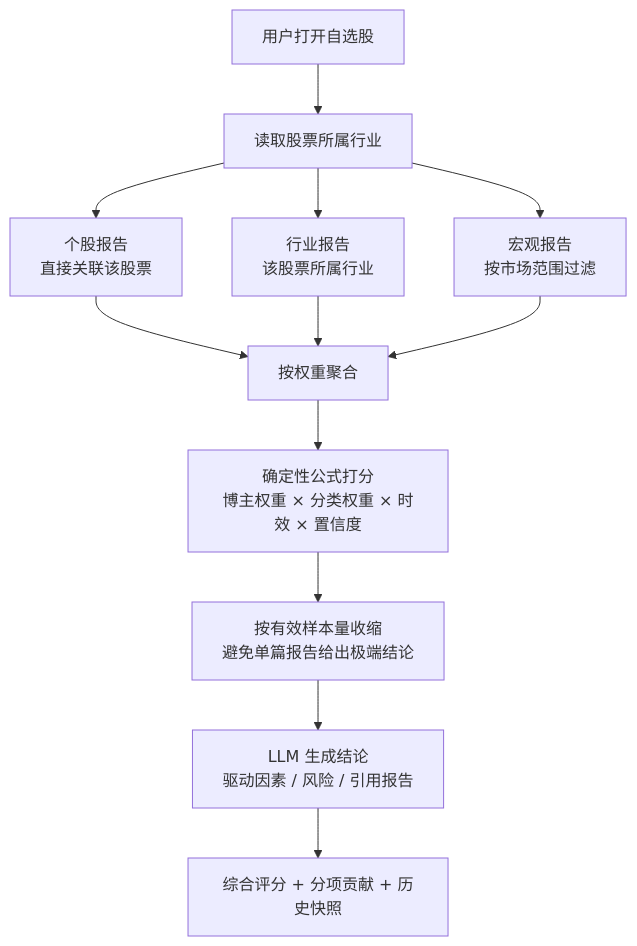
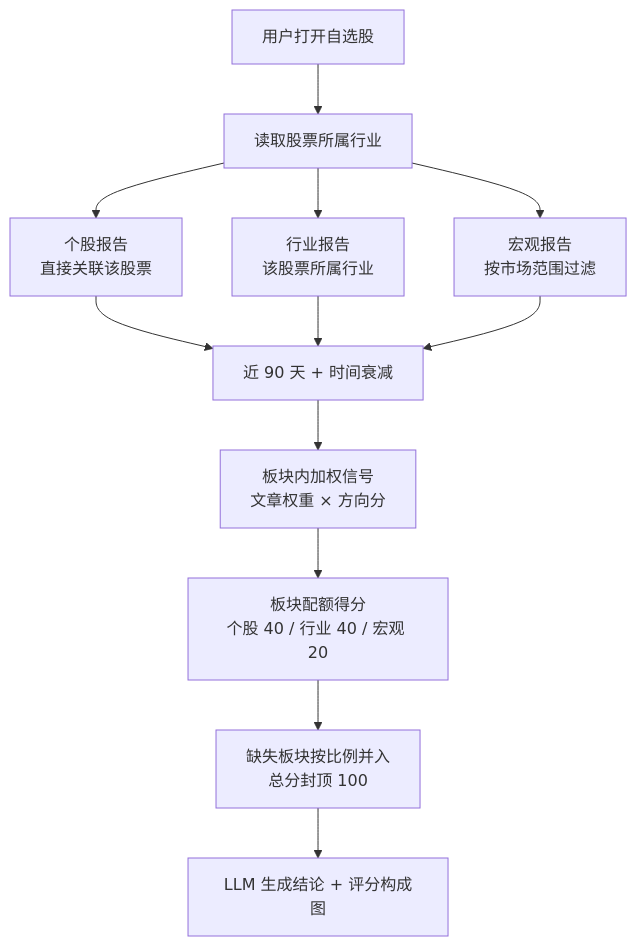
The fourth of 4 diagrams in README.md (niefy/research-scout-agent), drawn with Mermaid before and after one commit. The commit also changed other lines of this file and 113 other files, not shown here.

````diff
--- a/README.md
+++ b/README.md
@@ -224,16 +293,16 @@
 ```mermaid
 flowchart TD
     A["用户打开自选股"] --> B["读取股票所属行业"]
     B --> C1["个股报告<br/>直接关联该股票"]
     B --> C2["行业报告<br/>该股票所属行业"]
     B --> C3["宏观报告<br/>按市场范围过滤"]
 
-    C1 --> D["按权重聚合"]
+    C1 --> D["近 90 天 + 时间衰减"]
     C2 --> D
     C3 --> D
 
-    D --> E["确定性公式打分<br/>博主权重 × 分类权重 × 时效 × 置信度"]
-    E --> F["按有效样本量收缩<br/>避免单篇报告给出极端结论"]
-    F --> G["LLM 生成结论<br/>驱动因素 / 风险 / 引用报告"]
-    G --> H["综合评分 + 分项贡献 + 历史快照"]
+    D --> E["板块内加权信号<br/>文章权重 × 方向分"]
+    E --> F["板块配额得分<br/>个股 40 / 行业 40 / 宏观 20"]
+    F --> G["缺失板块按比例并入<br/>总分封顶 100"]
+    G --> H["LLM 生成结论 + 评分构成图"]
 ```
````
